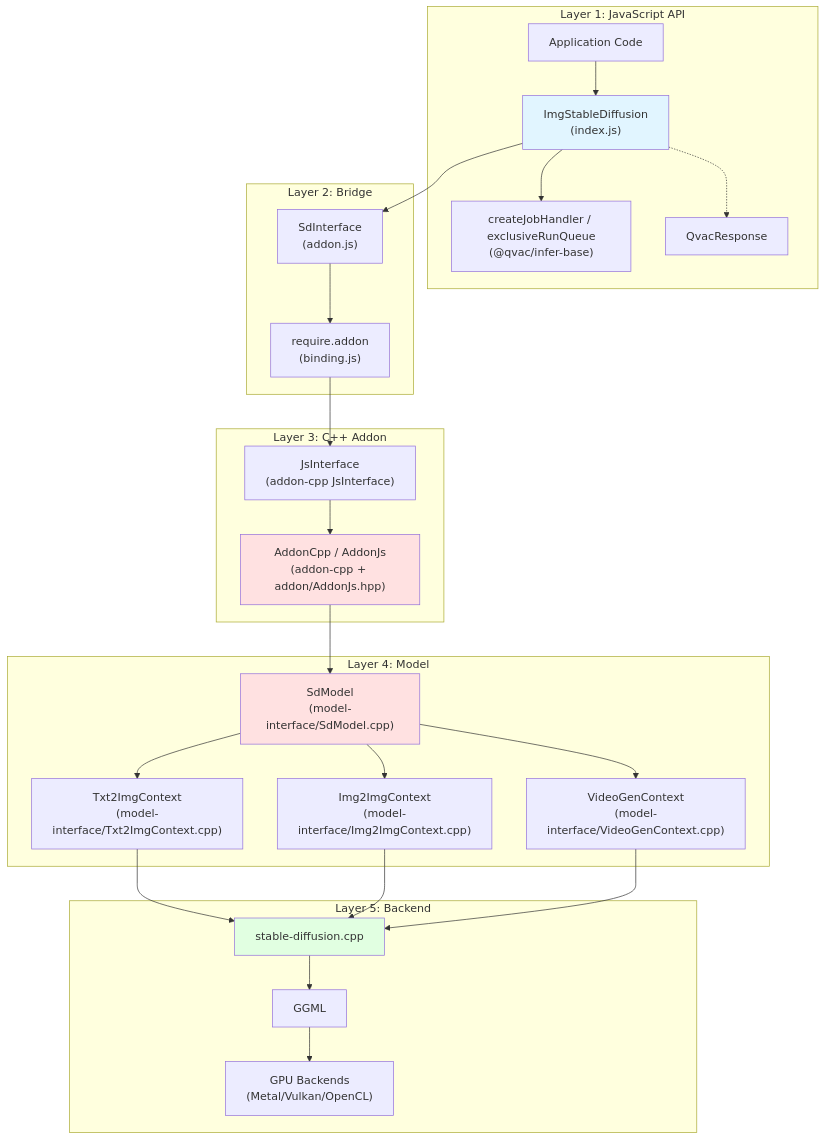
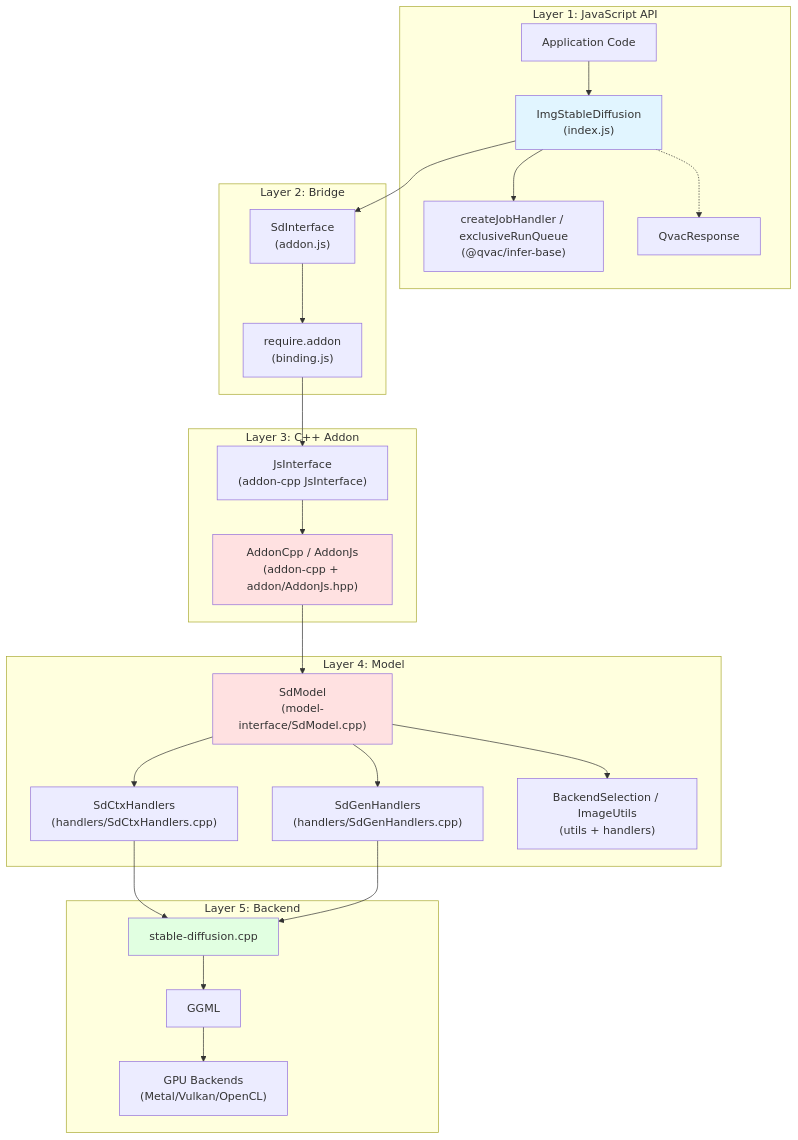
Before and after one commit to tetherto/qvac: the third of 4 diagrams in packages/diffusion-cpp/docs/architecture.md, drawn with Mermaid. The commit also changed other lines of this file and 7 other files, not shown here.

First line of the commit message:
doc: refresh inference addon architecture docs

````diff
--- a/packages/diffusion-cpp/docs/architecture.md
+++ b/packages/diffusion-cpp/docs/architecture.md
@@ -215,58 +215,57 @@
 ```mermaid
 graph TB
     subgraph "Layer 1: JavaScript API"
         APP["Application Code"]
         IMGCLASS["ImgStableDiffusion<br/>(index.js)"]
         BASE["createJobHandler / exclusiveRunQueue<br/>(@qvac/infer-base)"]
         RESPONSE["QvacResponse"]
     end
     
     subgraph "Layer 2: Bridge"
         SDIF["SdInterface<br/>(addon.js)"]
         BINDING["require.addon<br/>(binding.js)"]
     end
     
     subgraph "Layer 3: C++ Addon"
         JSINTERFACE["JsInterface<br/>(addon-cpp JsInterface)"]
         ADDONCPP["AddonCpp / AddonJs<br/>(addon-cpp + addon/AddonJs.hpp)"]
     end
     
     subgraph "Layer 4: Model"
         SDMODEL["SdModel<br/>(model-interface/SdModel.cpp)"]
-        TXT2IMG["Txt2ImgContext<br/>(model-interface/Txt2ImgContext.cpp)"]
-        IMG2IMG["Img2ImgContext<br/>(model-interface/Img2ImgContext.cpp)"]
-        VIDGEN["VideoGenContext<br/>(model-interface/VideoGenContext.cpp)"]
+        CTXHANDLERS["SdCtxHandlers<br/>(handlers/SdCtxHandlers.cpp)"]
+        GENHANDLERS["SdGenHandlers<br/>(handlers/SdGenHandlers.cpp)"]
+        UTILS["BackendSelection / ImageUtils<br/>(utils + handlers)"]
     end
     
     subgraph "Layer 5: Backend"
         SDCPP["stable-diffusion.cpp"]
         GGML["GGML"]
         GPU["GPU Backends<br/>(Metal/Vulkan/OpenCL)"]
     end
     
     APP --> IMGCLASS
     IMGCLASS --> BASE
     IMGCLASS --> SDIF
     IMGCLASS -.-> RESPONSE
 
     SDIF --> BINDING
     BINDING --> JSINTERFACE
 
     JSINTERFACE --> ADDONCPP
     ADDONCPP --> SDMODEL
     
-    SDMODEL --> TXT2IMG
-    SDMODEL --> IMG2IMG
-    SDMODEL --> VIDGEN
-    TXT2IMG --> SDCPP
-    IMG2IMG --> SDCPP
-    VIDGEN --> SDCPP
+    SDMODEL --> CTXHANDLERS
+    SDMODEL --> GENHANDLERS
+    SDMODEL --> UTILS
+    CTXHANDLERS --> SDCPP
+    GENHANDLERS --> SDCPP
     
     SDCPP --> GGML
     GGML --> GPU
     
     style IMGCLASS fill:#e1f5ff
     style ADDONCPP fill:#ffe1e1
     style SDMODEL fill:#ffe1e1
     style SDCPP fill:#e1ffe1
 ```
````
